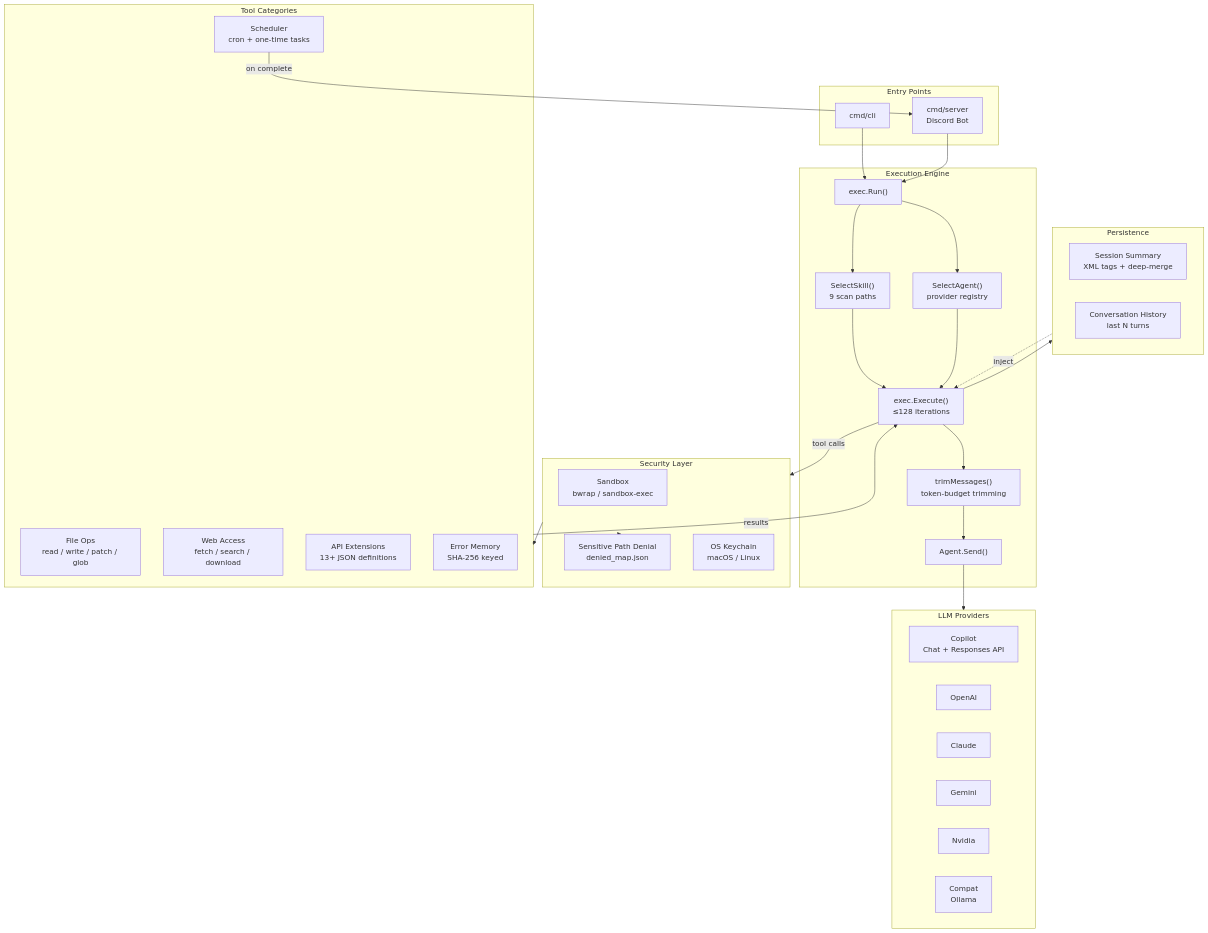
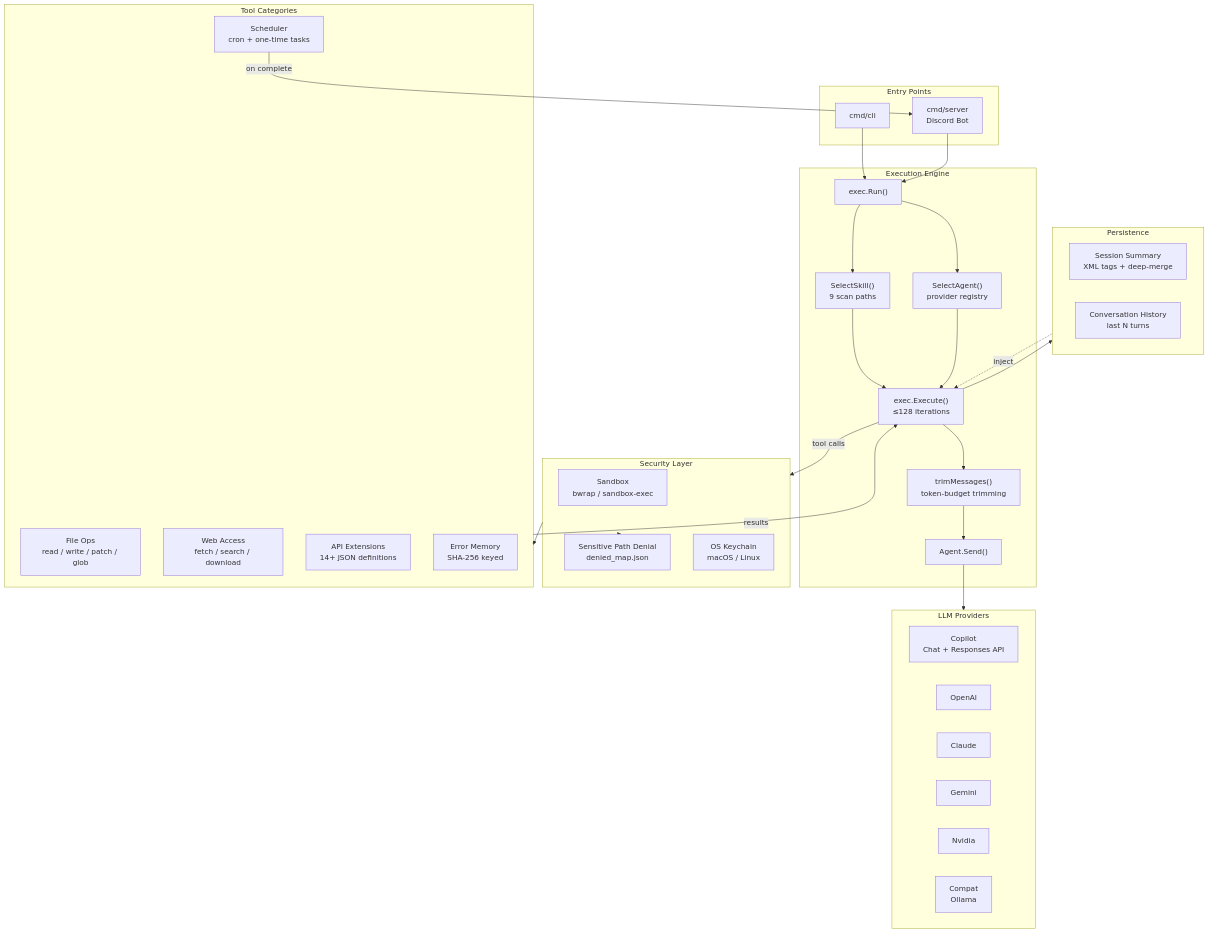
Before and after one commit to pardnchiu/Agenvoy: the diagram in README.md, drawn with Mermaid. The commit also changed other lines of this file and 3 other files, not shown here.

````diff
--- a/README.md
+++ b/README.md
@@ -65,61 +31,61 @@
 ```mermaid
 graph TB
     subgraph Entry ["Entry Points"]
         CLI["cmd/cli"]
         Discord["cmd/server\nDiscord Bot"]
     end
 
     subgraph Core ["Execution Engine"]
         Run["exec.Run()"]
         SkillSelect["SelectSkill()\n9 scan paths"]
         AgentSelect["SelectAgent()\nprovider registry"]
         TrimMsg["trimMessages()\ntoken-budget trimming"]
         Execute["exec.Execute()\n≤128 iterations"]
         Send["Agent.Send()"]
     end
 
     subgraph Providers ["LLM Providers"]
         Copilot["Copilot\nChat + Responses API"]
         OpenAI["OpenAI"]
         Claude["Claude"]
         Gemini["Gemini"]
         Nvidia["Nvidia"]
         Compat["Compat\nOllama"]
     end
 
     subgraph Security ["Security Layer"]
         Sandbox["Sandbox\nbwrap / sandbox-exec"]
         DeniedPaths["Sensitive Path Denial\ndenied_map.json"]
         Keychain["OS Keychain\nmacOS / Linux"]
     end
 
     subgraph Tools ["Tool Categories"]
         FileOps["File Ops\nread / write / patch / glob"]
         WebAccess["Web Access\nfetch / search / download"]
-        APIExt["API Extensions\n13+ JSON definitions"]
+        APIExt["API Extensions\n14+ JSON definitions"]
         Scheduler["Scheduler\ncron + one-time tasks"]
         ErrorMem["Error Memory\nSHA-256 keyed"]
     end
 
     subgraph Persistence ["Persistence"]
         Session["Session Summary\nXML tags + deep-merge"]
         History["Conversation History\nlast N turns"]
     end
 
     CLI --> Run
     Discord --> Run
     Run --> SkillSelect
     Run --> AgentSelect
     SkillSelect --> Execute
     AgentSelect --> Execute
     Execute --> TrimMsg
     TrimMsg --> Send
     Send --> Providers
     Execute -->|"tool calls"| Security
     Security --> DeniedPaths
     Security --> Tools
     Tools -->|"results"| Execute
     Scheduler -->|"on complete"| Discord
     Execute --> Persistence
     Persistence -.->|"inject"| Execute
 ```
````
